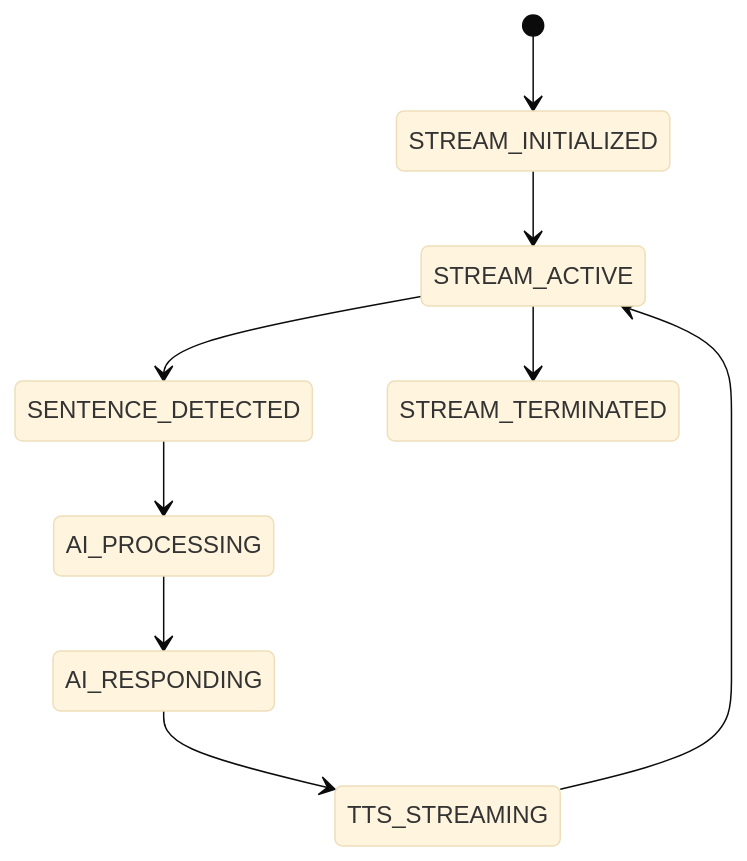
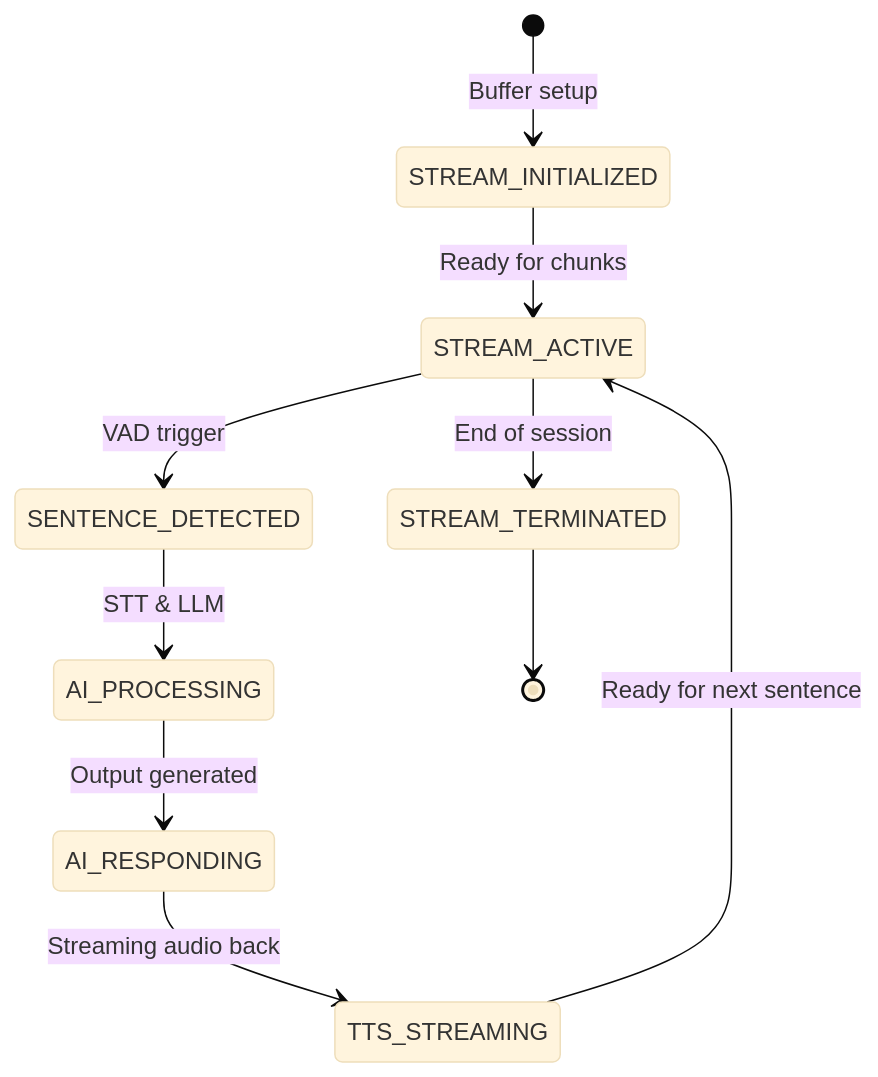
Before and after one commit to questflag/qf-apps: the ninth of 18 diagrams in docs/QuestFlag_Communication_Module_Requirements_v15_FULL_DIAGRAMS.md, drawn with Mermaid (base theme). The commit also changed other lines of this file, not shown here.

````diff
--- a/docs/QuestFlag_Communication_Module_Requirements_v15_FULL_DIAGRAMS.md
+++ b/docs/QuestFlag_Communication_Module_Requirements_v15_FULL_DIAGRAMS.md
@@ -61,11 +298,12 @@
-``` mermaid
+```mermaid
 stateDiagram-v2
-[*] --> STREAM_INITIALIZED
-STREAM_INITIALIZED --> STREAM_ACTIVE
-STREAM_ACTIVE --> SENTENCE_DETECTED
-SENTENCE_DETECTED --> AI_PROCESSING
-AI_PROCESSING --> AI_RESPONDING
-AI_RESPONDING --> TTS_STREAMING
-TTS_STREAMING --> STREAM_ACTIVE
-STREAM_ACTIVE --> STREAM_TERMINATED
+    [*] --> STREAM_INITIALIZED: Buffer setup
+    STREAM_INITIALIZED --> STREAM_ACTIVE: Ready for chunks
+    STREAM_ACTIVE --> SENTENCE_DETECTED: VAD trigger
+    SENTENCE_DETECTED --> AI_PROCESSING: STT & LLM
+    AI_PROCESSING --> AI_RESPONDING: Output generated
+    AI_RESPONDING --> TTS_STREAMING: Streaming audio back
+    TTS_STREAMING --> STREAM_ACTIVE: Ready for next sentence
+    STREAM_ACTIVE --> STREAM_TERMINATED: End of session
+    STREAM_TERMINATED --> [*]
 ```
````
